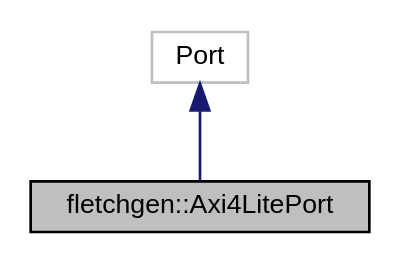
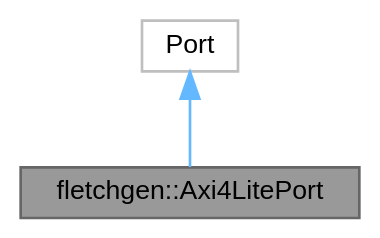
One commit to abs-tudelft/fletcher changed the diagram in api/fletchgen/structfletchgen_1_1_axi4_lite_port__inherit__graph.dot. Above: the diagram before and after it, drawn with Graphviz. The commit also changed 621 other files, not shown here.

```diff
--- a/api/fletchgen/structfletchgen_1_1_axi4_lite_port__inherit__graph.dot
+++ b/api/fletchgen/structfletchgen_1_1_axi4_lite_port__inherit__graph.dot
@@ -1,9 +1,10 @@
 digraph "fletchgen::Axi4LitePort"
 {
  // LATEX_PDF_SIZE
-  edge [fontname="Helvetica",fontsize="10",labelfontname="Helvetica",labelfontsize="10"];
-  node [fontname="Helvetica",fontsize="10",shape=record];
-  Node1 [label="fletchgen::Axi4LitePort",height=0.2,width=0.4,color="black", fillcolor="grey75", style="filled", fontcolor="black",tooltip="An AXI4-lite port derived from an AXI4-lite specification."];
-  Node2 -> Node1 [dir="back",color="midnightblue",fontsize="10",style="solid",fontname="Helvetica"];
-  Node2 [label="Port",height=0.2,width=0.4,color="grey75", fillcolor="white", style="filled",tooltip=" "];
+  bgcolor="transparent";
+  edge [fontname=Helvetica,fontsize=10,labelfontname=Helvetica,labelfontsize=10];
+  node [fontname=Helvetica,fontsize=10,shape=box,height=0.2,width=0.4];
+  Node1 [id="Node000001",label="fletchgen::Axi4LitePort",height=0.2,width=0.4,color="gray40", fillcolor="grey60", style="filled", fontcolor="black",tooltip="An AXI4-lite port derived from an AXI4-lite specification."];
+  Node2 -> Node1 [id="edge1_Node000001_Node000002",dir="back",color="steelblue1",style="solid",tooltip=" "];
+  Node2 [id="Node000002",label="Port",height=0.2,width=0.4,color="grey75", fillcolor="white", style="filled",tooltip=" "];
 }
```
